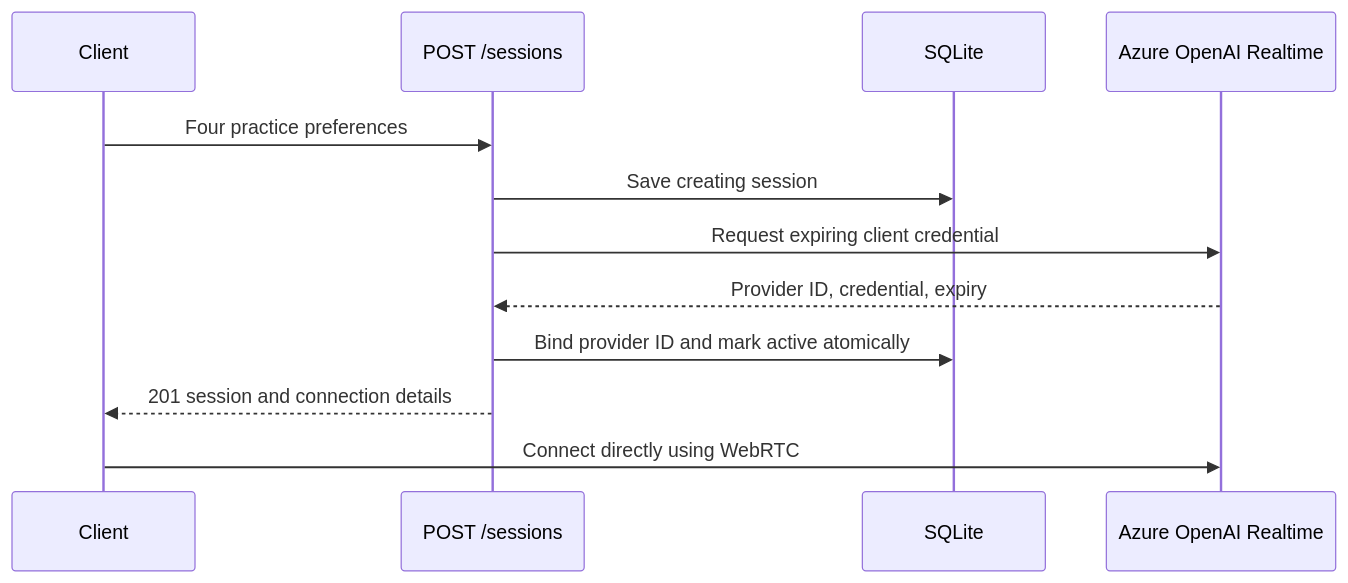
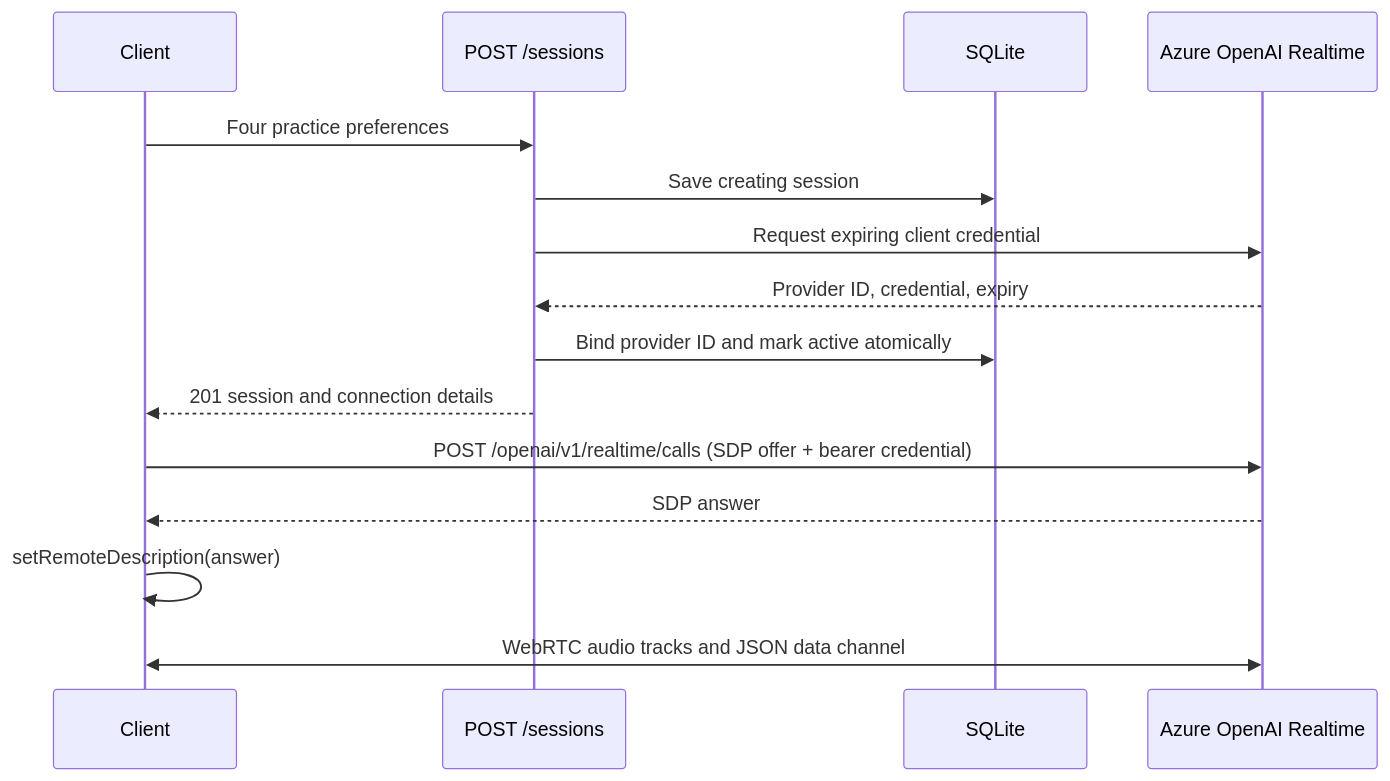
The diagram in docs/architecture.md (zhuang-xu/spoken-english-agent), drawn with Mermaid before and after one commit. The commit also changed other lines of this file and 24 other files, not shown here.

````diff
--- a/docs/architecture.md
+++ b/docs/architecture.md
@@ -6,14 +6,17 @@
 ```mermaid
 sequenceDiagram
     participant Client
     participant API as POST /sessions
     participant DB as SQLite
     participant Provider as Azure OpenAI Realtime
     Client->>API: Four practice preferences
     API->>DB: Save creating session
     API->>Provider: Request expiring client credential
     Provider-->>API: Provider ID, credential, expiry
     API->>DB: Bind provider ID and mark active atomically
     API-->>Client: 201 session and connection details
-    Client->>Provider: Connect directly using WebRTC
+    Client->>Provider: POST /openai/v1/realtime/calls (SDP offer + bearer credential)
+    Provider-->>Client: SDP answer
+    Client->>Client: setRemoteDescription(answer)
+    Client<<->>Provider: WebRTC audio tracks and JSON data channel
 ```
````
